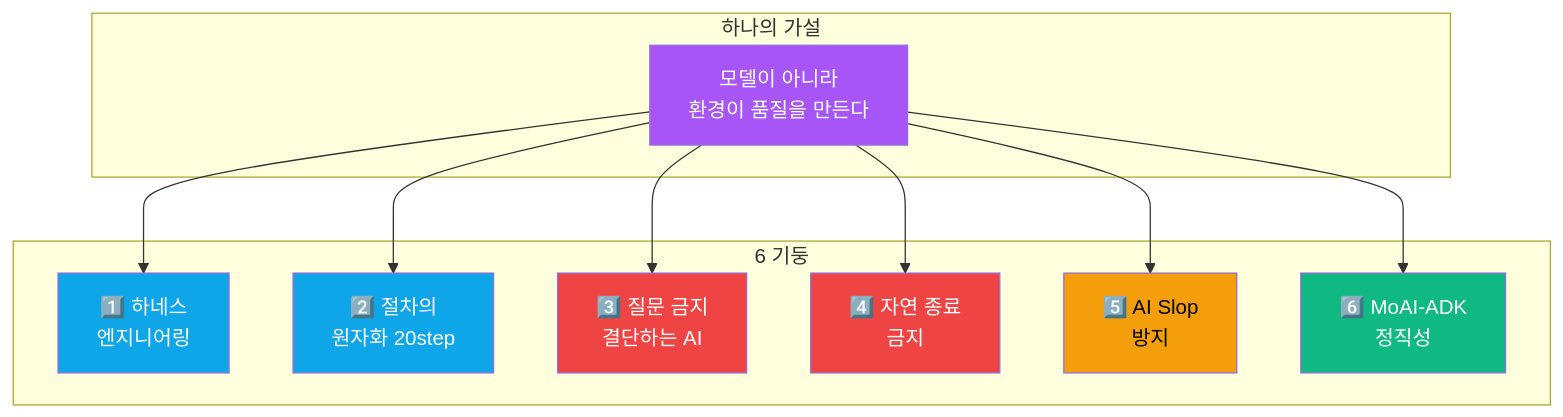
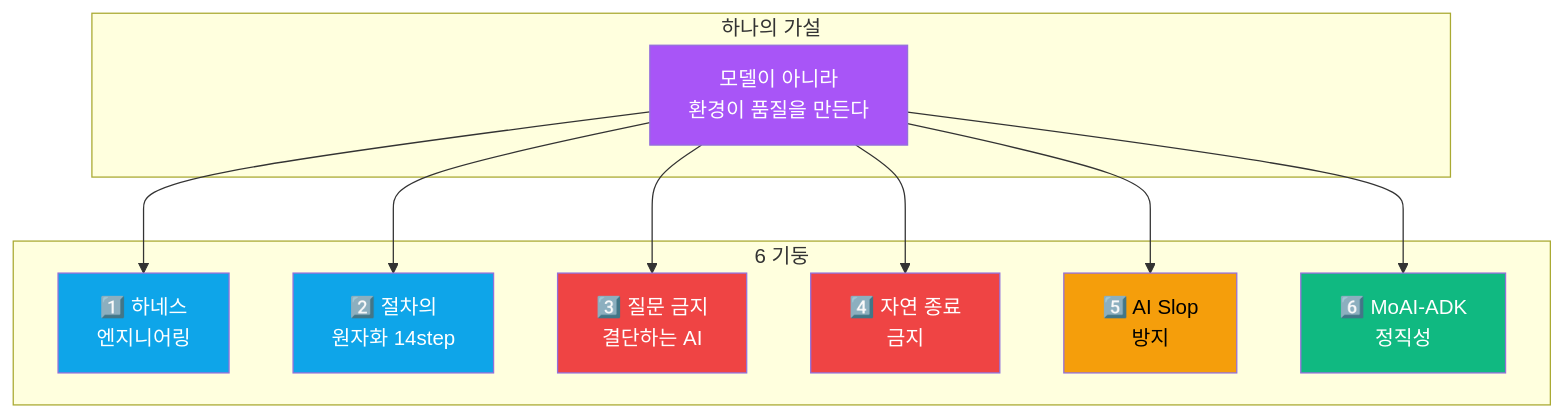
Before and after one commit to Technoetic/harness20: the third of 4 diagrams in README.md, drawn with Mermaid. The commit also changed other lines of this file and 10 other files, not shown here.

````diff
--- a/README.md
+++ b/README.md
@@ -486,30 +487,30 @@
 ```mermaid
 graph TB
     subgraph philosophy["하나의 가설"]
         H["모델이 아니라<br/>환경이 품질을 만든다"]
     end
 
     subgraph six["6 기둥"]
         P1["1️⃣ 하네스<br/>엔지니어링"]
-        P2["2️⃣ 절차의<br/>원자화 20step"]
+        P2["2️⃣ 절차의<br/>원자화 14step"]
         P3["3️⃣ 질문 금지<br/>결단하는 AI"]
         P4["4️⃣ 자연 종료<br/>금지"]
         P5["5️⃣ AI Slop<br/>방지"]
         P6["6️⃣ MoAI-ADK<br/>정직성"]
     end
 
     H --> P1
     H --> P2
     H --> P3
     H --> P4
     H --> P5
     H --> P6
 
     style H fill:#A855F7,color:#fff
     style P1 fill:#0EA5E9,color:#fff
     style P2 fill:#0EA5E9,color:#fff
     style P3 fill:#EF4444,color:#fff
     style P4 fill:#EF4444,color:#fff
     style P5 fill:#F59E0B,color:#000
     style P6 fill:#10B981,color:#fff
 ```
````
